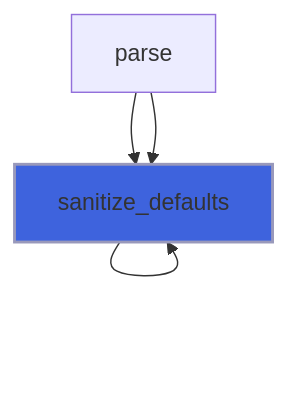
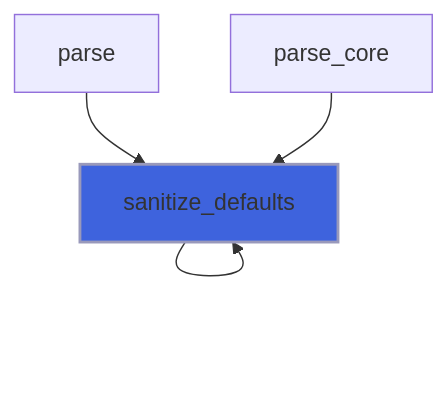
Diagram 17 of 28 in docs/api/src/lib/flap_command_line_arguments_group_t.md (szaghi/FLAP), drawn with Mermaid before and after one commit. The commit also changed other lines of this file and 17 other files, not shown here.

````diff
--- a/docs/api/src/lib/flap_command_line_arguments_group_t.md
+++ b/docs/api/src/lib/flap_command_line_arguments_group_t.md
@@ -429,8 +687,8 @@
 ```mermaid
 flowchart TD
   parse["parse"] --> sanitize_defaults["sanitize_defaults"]
-  parse["parse"] --> sanitize_defaults["sanitize_defaults"]
+  parse_core["parse_core"] --> sanitize_defaults["sanitize_defaults"]
   sanitize_defaults["sanitize_defaults"] --> sanitize_defaults["sanitize_defaults"]
   sanitize_defaults["sanitize_defaults"] --> sanitize_defaults["sanitize_defaults"]
   style sanitize_defaults fill:#3e63dd,stroke:#99b,stroke-width:2px
 ```
````
